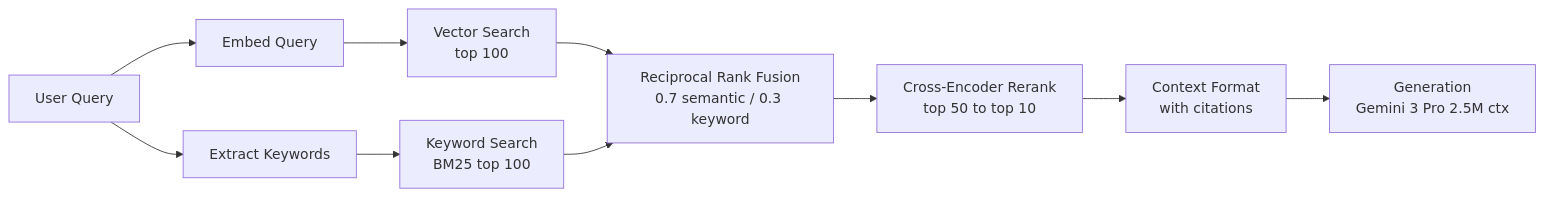
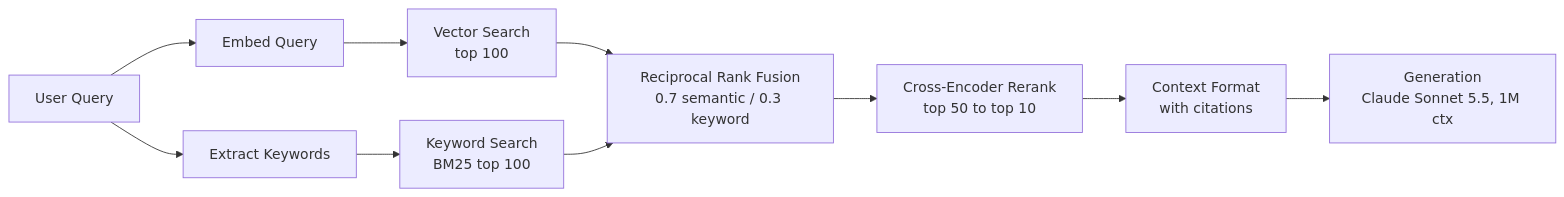
Before and after one commit to ChiHoc/ai-system-design-guide-zh: the third of 3 diagrams in 16-case-studies/01-enterprise-rag.md, drawn with Mermaid. The commit also changed other lines of this file and 149 other files, not shown here.

````diff
--- a/16-case-studies/01-enterprise-rag.md
+++ b/16-case-studies/01-enterprise-rag.md
@@ -402,15 +404,15 @@
 ```mermaid
 flowchart LR
     Q[User Query] --> EMB[Embed Query]
     Q --> KW[Extract Keywords]
 
     EMB --> VS[Vector Search<br/>top 100]
     KW --> KS[Keyword Search<br/>BM25 top 100]
 
     VS --> RRF[Reciprocal Rank Fusion<br/>0.7 semantic / 0.3 keyword]
     KS --> RRF
 
     RRF --> RR[Cross-Encoder Rerank<br/>top 50 to top 10]
     RR --> CTX[Context Format<br/>with citations]
-    CTX --> LLM[Generation<br/>Gemini 3 Pro 2.5M ctx]
+    CTX --> LLM[Generation<br/>Claude Sonnet 5.5, 1M ctx]
 ```
````
